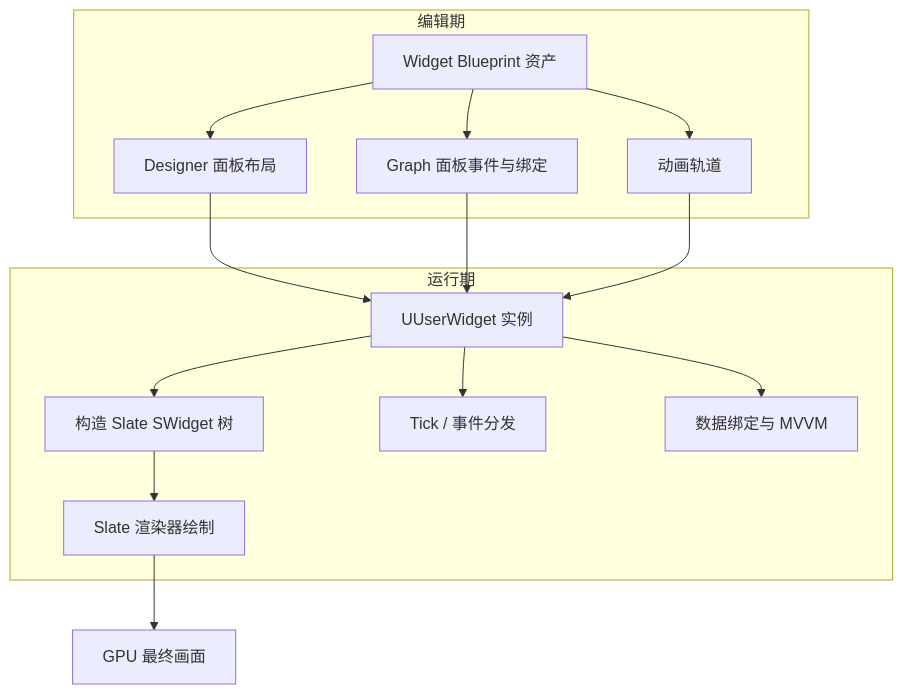
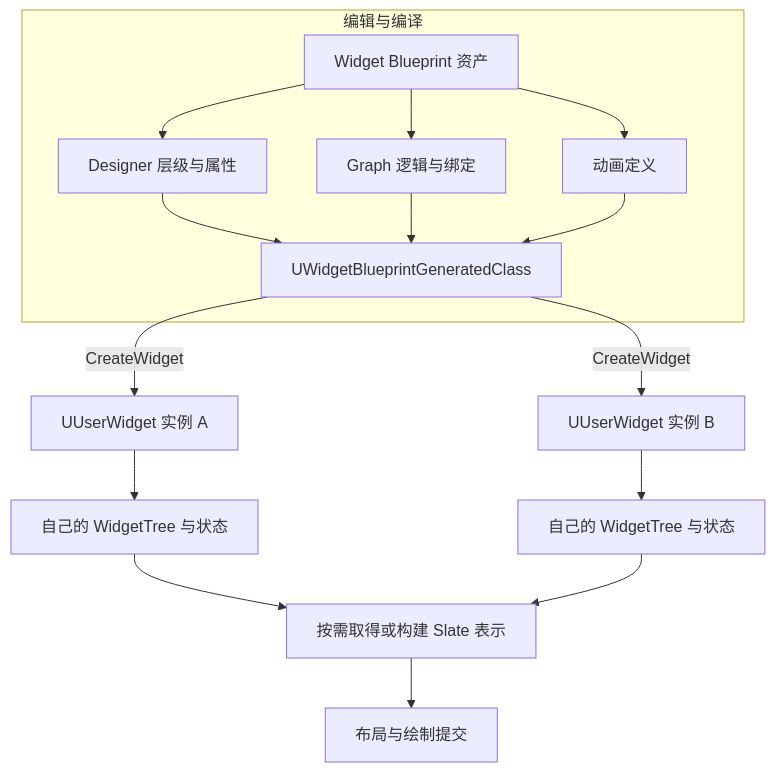
Before and after one commit to fantuan812/learning: the first of 7 diagrams in 知识/05-Gameplay与交互系统/界面设置与无障碍/01-UMG框架与控件系统.md, drawn with Mermaid. The commit also changed other lines of this file and 1 other file, not shown here.

````diff
--- a/知识/05-Gameplay与交互系统/界面设置与无障碍/01-UMG框架与控件系统.md
+++ b/知识/05-Gameplay与交互系统/界面设置与无障碍/01-UMG框架与控件系统.md
@@ -30,18 +177,18 @@
 ```mermaid
 flowchart TB
-    subgraph 编辑期
-        A[Widget Blueprint 资产] --> B[Designer 面板布局]
-        A --> C[Graph 面板事件与绑定]
-        A --> D[动画轨道]
+    subgraph 编辑与编译
+        A[Widget Blueprint 资产] --> B[Designer 层级与属性]
+        A --> C[Graph 逻辑与绑定]
+        A --> D[动画定义]
+        B --> G[UWidgetBlueprintGeneratedClass]
+        C --> G
+        D --> G
     end
-    subgraph 运行期
-        E[UUserWidget 实例] --> F[构造 Slate SWidget 树]
-        F --> G[Slate 渲染器绘制]
-        E --> H[Tick / 事件分发]
-        E --> I[数据绑定与 MVVM]
-    end
-    B --> E
-    C --> E
-    D --> E
-    G --> J[GPU 最终画面]
+    G -->|CreateWidget| I1[UUserWidget 实例 A]
+    G -->|CreateWidget| I2[UUserWidget 实例 B]
+    I1 --> T1[自己的 WidgetTree 与状态]
+    I2 --> T2[自己的 WidgetTree 与状态]
+    T1 --> S[按需取得或构建 Slate 表示]
+    T2 --> S
+    S --> R[布局与绘制提交]
 ```
````
